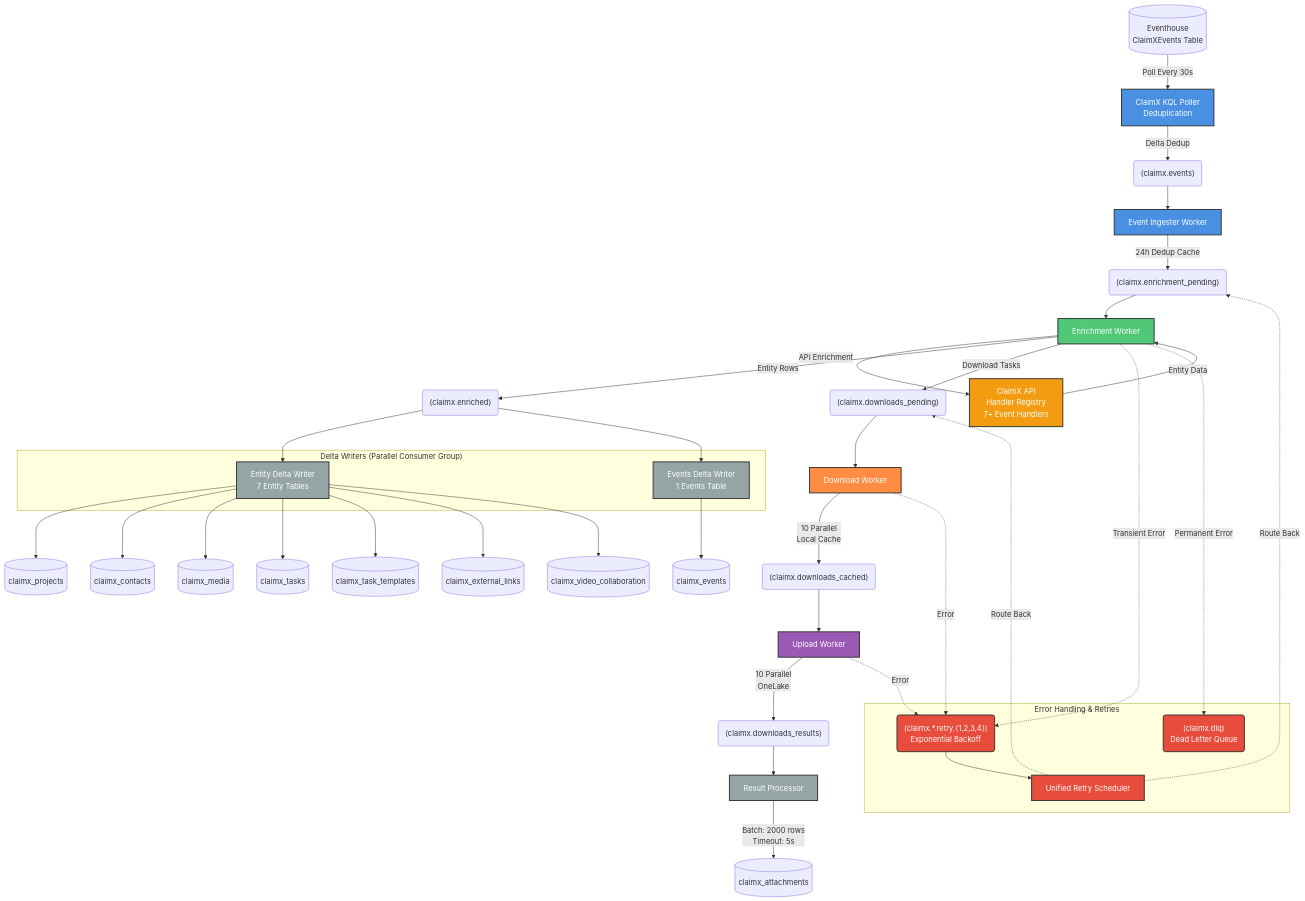
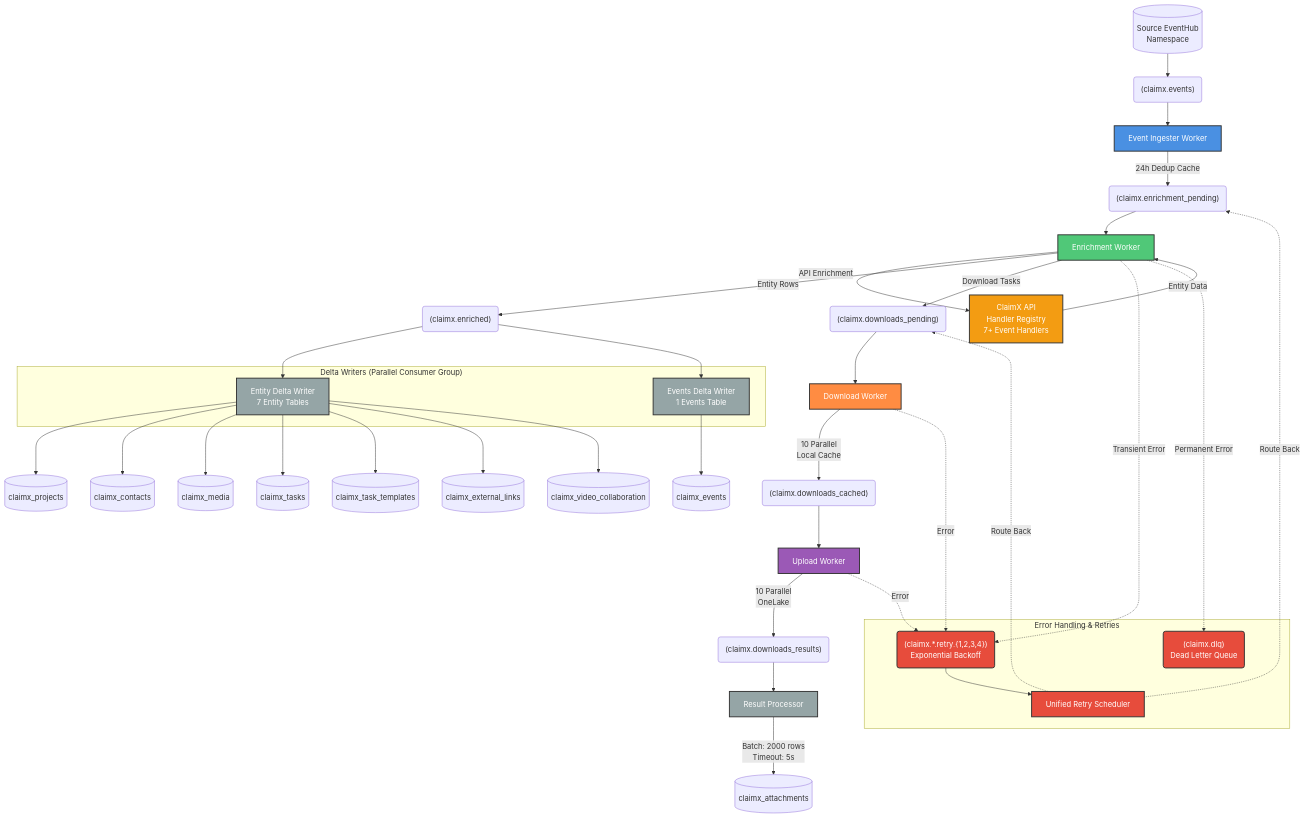
Before and after one commit to nd-smith/vpipe: the diagram in docs/CLAIMX_PIPELINE.md, drawn with Mermaid. The commit also changed other lines of this file and 43 other files, not shown here.

First line of the commit message:
Replace Eventhouse/KQL polling with direct source EventHub consumption

````diff
--- a/docs/CLAIMX_PIPELINE.md
+++ b/docs/CLAIMX_PIPELINE.md
@@ -11,8 +11,7 @@
 ```mermaid
 flowchart TB
     %% Event Source
-    Eventhouse[("Eventhouse<br/>ClaimXEvents Table")]
-    KQLPoller[ClaimX KQL Poller<br/>Deduplication]
+    SourceEventHub[("Source EventHub<br/>Namespace")]
 
     %% Main Pipeline Workers
     Ingester[Event Ingester Worker]
@@ -57,8 +56,7 @@
     API[ClaimX API<br/>Handler Registry<br/>7+ Event Handlers]
 
     %% Source Flow
-    Eventhouse -->|Poll Every 30s| KQLPoller
-    KQLPoller -->|Delta Dedup| EventsTopic
+    SourceEventHub --> EventsTopic
 
     %% Main Flow
     EventsTopic --> Ingester
@@ -109,7 +107,8 @@
     classDef error fill:#E74C3C,stroke:#333,stroke-width:2px,color:#fff
     classDef api fill:#F39C12,stroke:#333,stroke-width:2px,color:#fff
 
-    class KQLPoller,Ingester ingestion
+    class SourceEventHub source
+    class Ingester ingestion
     class Enricher enrichment
     class Downloader download
     class Uploader upload
````
